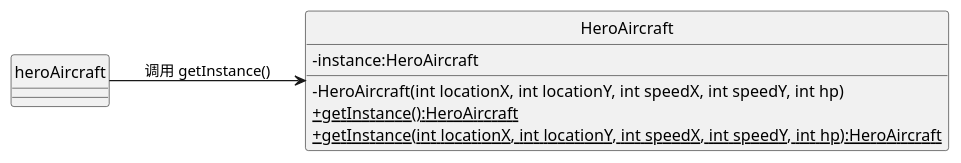
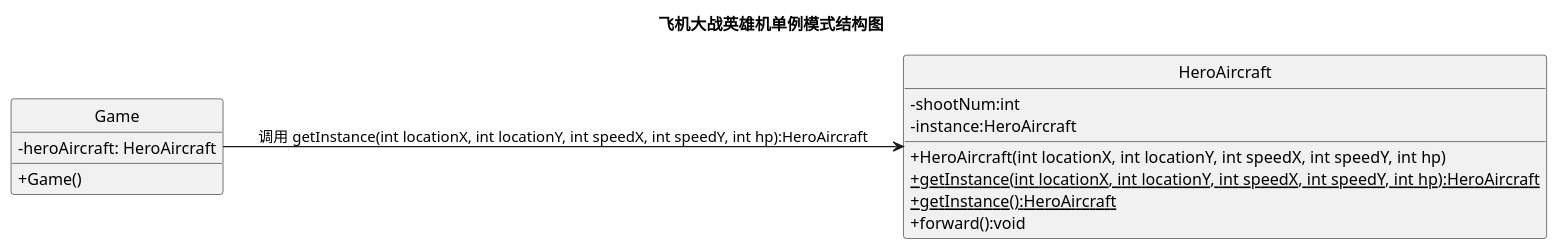
One commit to go1112/AircraftWar changed the diagram in uml/Single.puml. Above: the diagram before and after it, drawn with PlantUML. The commit also changed 2 other files, not shown here.

Commit message:
完善单例模式和简单工厂模式的UML类图

```diff
--- a/uml/Single.puml
+++ b/uml/Single.puml
@@ -1,14 +1,23 @@
 @startuml
+title 飞机大战英雄机单例模式结构图
 skinparam classAttributeIconSize 0
 skinparam Style strictuml
 left to right direction
+
 ' 单例模式在HeroAircraft中的应用
-class HeroAircraft{
+class HeroAircraft {
+    - shootNum:int
     - instance:HeroAircraft
-    - HeroAircraft(int locationX, int locationY, int speedX, int speedY, int hp) 
+    + HeroAircraft(int locationX, int locationY, int speedX, int speedY, int hp)
+    + {static} getInstance(int locationX, int locationY, int speedX, int speedY, int hp):HeroAircraft
     + {static} getInstance():HeroAircraft
-    + {static} getInstance(int locationX, int locationY, int speedX, int speedY, int hp):HeroAircraft
-   }
-heroAircraft --> HeroAircraft : 调用 getInstance()
+    + forward():void
+}
+
+class Game{
+    - heroAircraft: HeroAircraft
+    + Game()
+}
+Game --> HeroAircraft : 调用 getInstance(int locationX, int locationY, int speedX, int speedY, int hp):HeroAircraft
 
 @enduml
```
